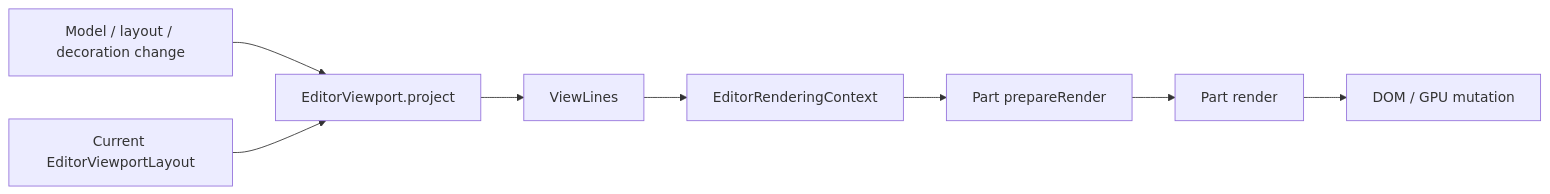
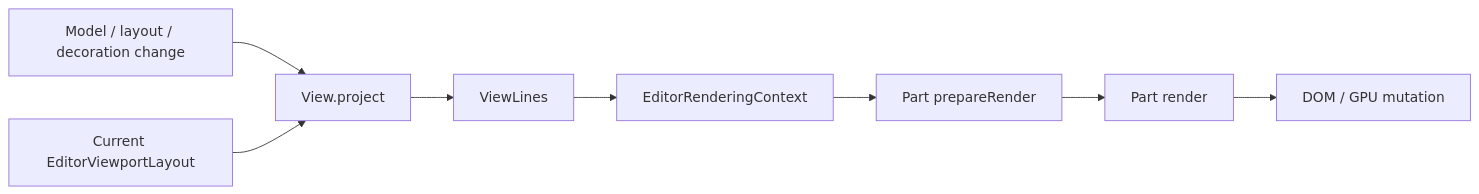
Before and after one commit to chogng/zeta: the second of 2 diagrams in zeta-ts/src/zeta/editor/text-engine.md, drawn with Mermaid. The commit also changed other lines of this file and 250 other files, not shown here.

````diff
--- a/zeta-ts/src/zeta/editor/text-engine.md
+++ b/zeta-ts/src/zeta/editor/text-engine.md
@@ -90,10 +90,10 @@
 ```mermaid
 flowchart LR
-    Change[Model / layout / decoration change] --> Project[EditorViewport.project]
+    Change[Model / layout / decoration change] --> Project[View.project]
     Layout[Current EditorViewportLayout] --> Project
     Project --> Lines[ViewLines]
     Lines --> Context[EditorRenderingContext]
     Context --> Prepare[Part prepareRender]
     Prepare --> Parts[Part render]
     Parts --> DOM[DOM / GPU mutation]
 ```
````
